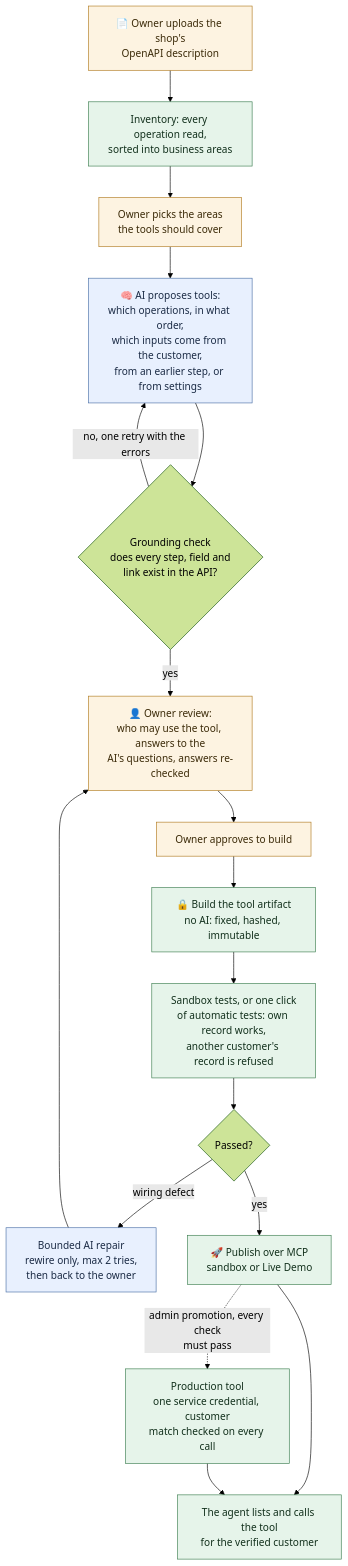
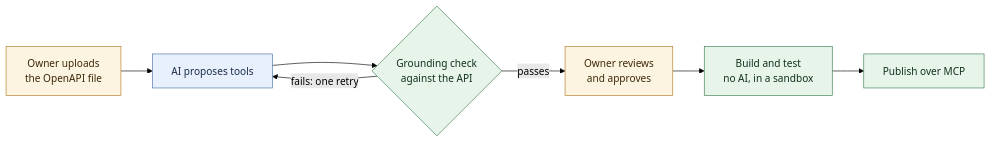
Before and after one commit to georgeemiL787/Ticket-Easy: the third of 3 diagrams in README.md, drawn with Mermaid (forest theme). The commit also changed other lines of this file, not shown here.

Commit message:
README: remove emojis, shorten the diagrams, drop the model footnote

````diff
--- a/README.md
+++ b/README.md
@@ -188,26 +110,15 @@
 ```mermaid
-flowchart TD
-  A["📄 Owner uploads the shop's<br/>OpenAPI description"] --> B["Inventory: every operation read,<br/>sorted into business areas"]
-  B --> C["Owner picks the areas<br/>the tools should cover"]
-  C --> D["🧠 AI proposes tools:<br/>which operations, in what order,<br/>which inputs come from the customer,<br/>from an earlier step, or from settings"]
-  D --> E{"Grounding check<br/>does every step, field and<br/>link exist in the API?"}
-  E -- "no, one retry with the errors" --> D
-  E -- yes --> F["👤 Owner review:<br/>who may use the tool, answers to the<br/>AI's questions, answers re-checked"]
-  F --> G["Owner approves to build"]
-  G --> H["🔒 Build the tool artifact<br/>no AI: fixed, hashed, immutable"]
-  H --> I["Sandbox tests, or one click<br/>of automatic tests: own record works,<br/>another customer's record is refused"]
-  I --> J{"Passed?"}
-  J -- "wiring defect" --> K["Bounded AI repair<br/>rewire only, max 2 tries,<br/>then back to the owner"]
-  K --> F
-  J -- yes --> L["🚀 Publish over MCP<br/>sandbox or Live Demo"]
-  L --> M["The agent lists and calls the tool<br/>for the verified customer"]
-  L -.->|"admin promotion, every check<br/>must pass"| N["Production tool<br/>one service credential, customer<br/>match checked on every call"]
-  N --> M
-
+flowchart LR
+  A["Owner uploads<br/>the OpenAPI file"] --> B["AI proposes tools"]
+  B --> C{"Grounding check<br/>against the API"}
+  C -- "fails: one retry" --> B
+  C -- passes --> D["Owner reviews<br/>and approves"]
+  D --> E["Build and test<br/>no AI, in a sandbox"]
+  E --> F["Publish over MCP"]
   classDef ai fill:#e8f0fe,stroke:#4a6fa5,color:#1b2b45
   classDef human fill:#fdf3e1,stroke:#b07a1f,color:#3b2a08
   classDef code fill:#e6f4ea,stroke:#3b7d4f,color:#12301c
-  class D,K ai
-  class A,C,F,G human
-  class B,H,I,L,M,N code
+  class B ai
+  class A,D human
+  class C,E,F code
 ```
````
